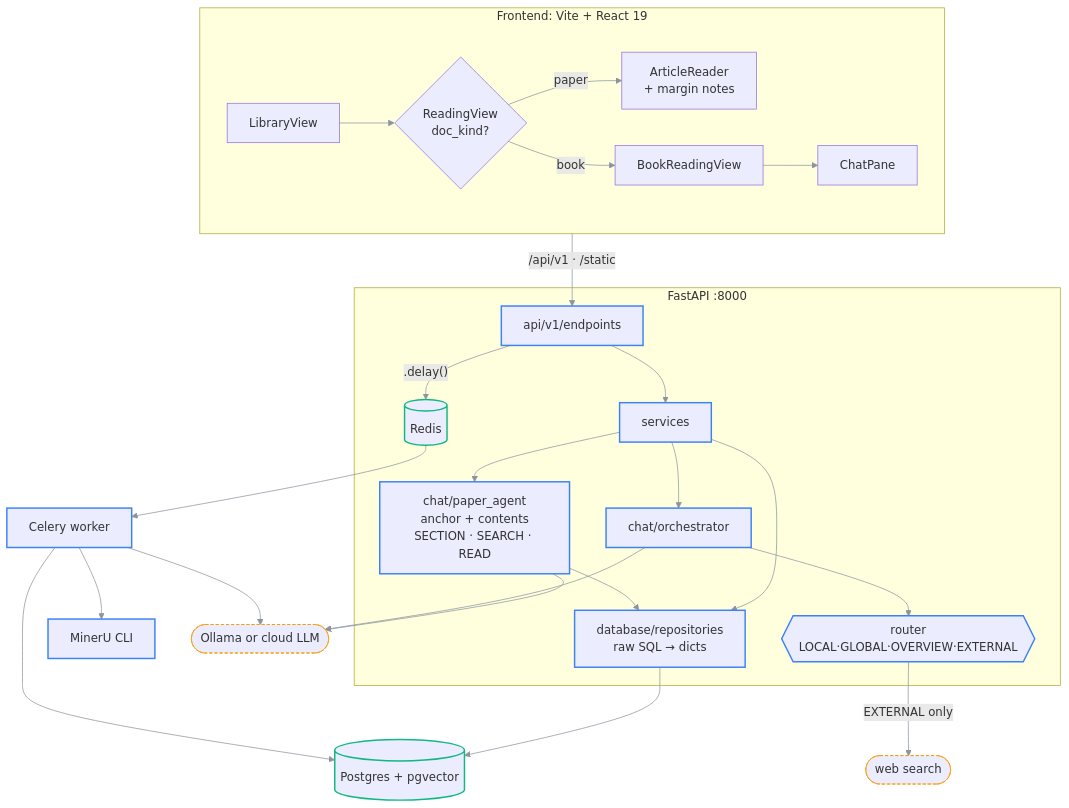
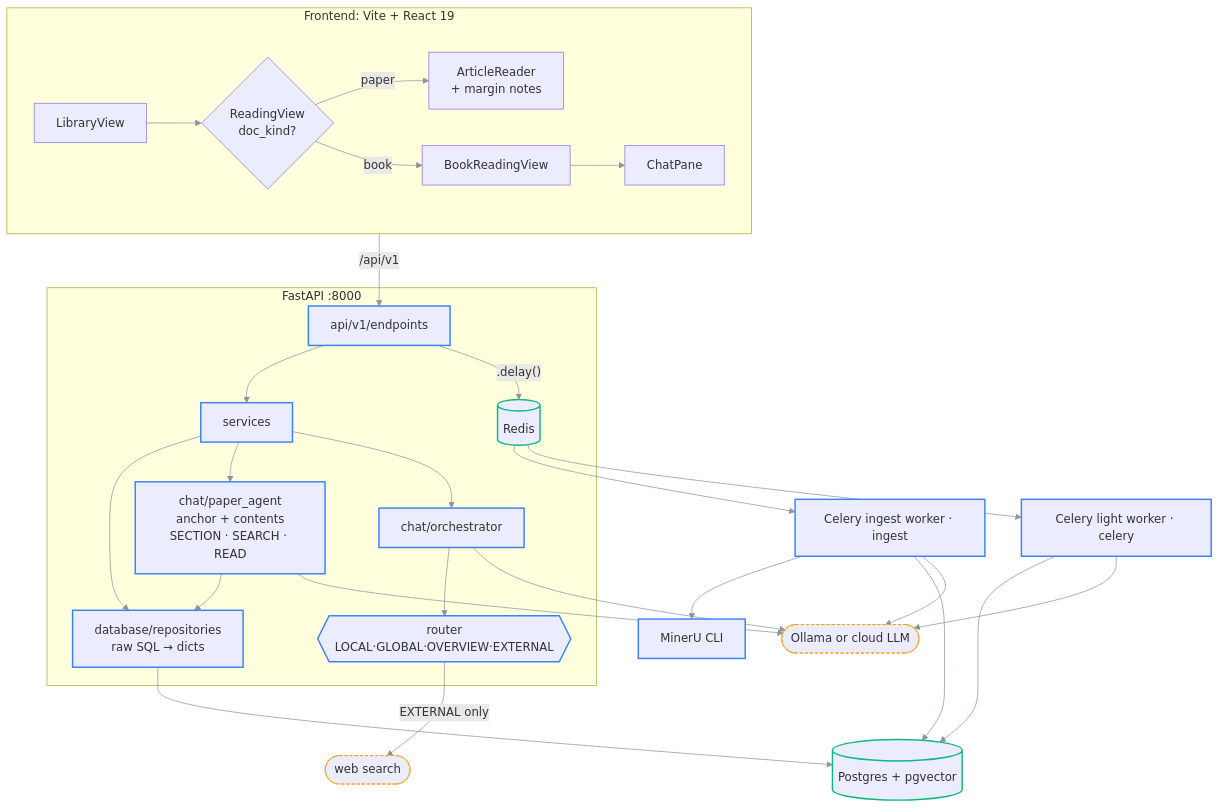
The diagram in docs/02-architecture/overview.md (Khaled-Saleh-KL1/9XAIPal), drawn with Mermaid before and after one commit. The commit also changed other lines of this file and 33 other files, not shown here.

````diff
--- a/docs/02-architecture/overview.md
+++ b/docs/02-architecture/overview.md
@@ -122,36 +117,39 @@
 ```mermaid
 %%{init: {'themeVariables': {'fontFamily': 'ui-monospace, SFMono-Regular, Menlo, monospace', 'lineColor': '#8b949e'}}}%%
 flowchart TD
     subgraph FE["Frontend: Vite + React 19"]
         LV[LibraryView] --> RV{ReadingView<br/>doc_kind?}
         RV -->|paper| AR[ArticleReader<br/>+ margin notes]
         RV -->|book| BR[BookReadingView] --> CP[ChatPane]
     end
-    FE -->|"/api/v1 · /static"| EP[api/v1/endpoints]
+    FE -->|"/api/v1"| EP[api/v1/endpoints]
 
     subgraph BE["FastAPI :8000"]
         EP --> SVC[services]
         SVC --> REPO[database/repositories<br/>raw SQL → dicts]
         SVC --> PA[chat/paper_agent<br/>anchor + contents<br/>SECTION · SEARCH · READ]
         SVC --> ORCH[chat/orchestrator]
         ORCH --> RT{{router<br/>LOCAL·GLOBAL·OVERVIEW·EXTERNAL}}
         EP -->|".delay()"| Q[(Redis)]
     end
 
     PA --> REPO
     REPO --> PG[(Postgres + pgvector)]
-    Q --> WK[Celery worker]
-    WK --> MU[MinerU CLI]
-    WK --> PG
-    WK --> AI([Ollama or cloud LLM])
+    Q --> WI["Celery ingest worker · ingest"]
+    Q --> WL["Celery light worker · celery"]
+    WI --> MU[MinerU CLI]
+    WI --> PG
+    WL --> PG
+    WI --> AI([Ollama or cloud LLM])
+    WL --> AI
     PA --> AI
     ORCH --> AI
     RT -->|EXTERNAL only| WEB([web search])
 
     classDef owned stroke:#3b82f6,stroke-width:2px
     classDef store stroke:#10b981,stroke-width:2px
     classDef ext stroke:#f59e0b,stroke-dasharray:4 3
-    class EP,SVC,REPO,PA,ORCH,RT,WK,MU owned
+    class EP,SVC,REPO,PA,ORCH,RT,WI,WL,MU owned
     class PG,Q store
     class AI,WEB ext
 ```
````
